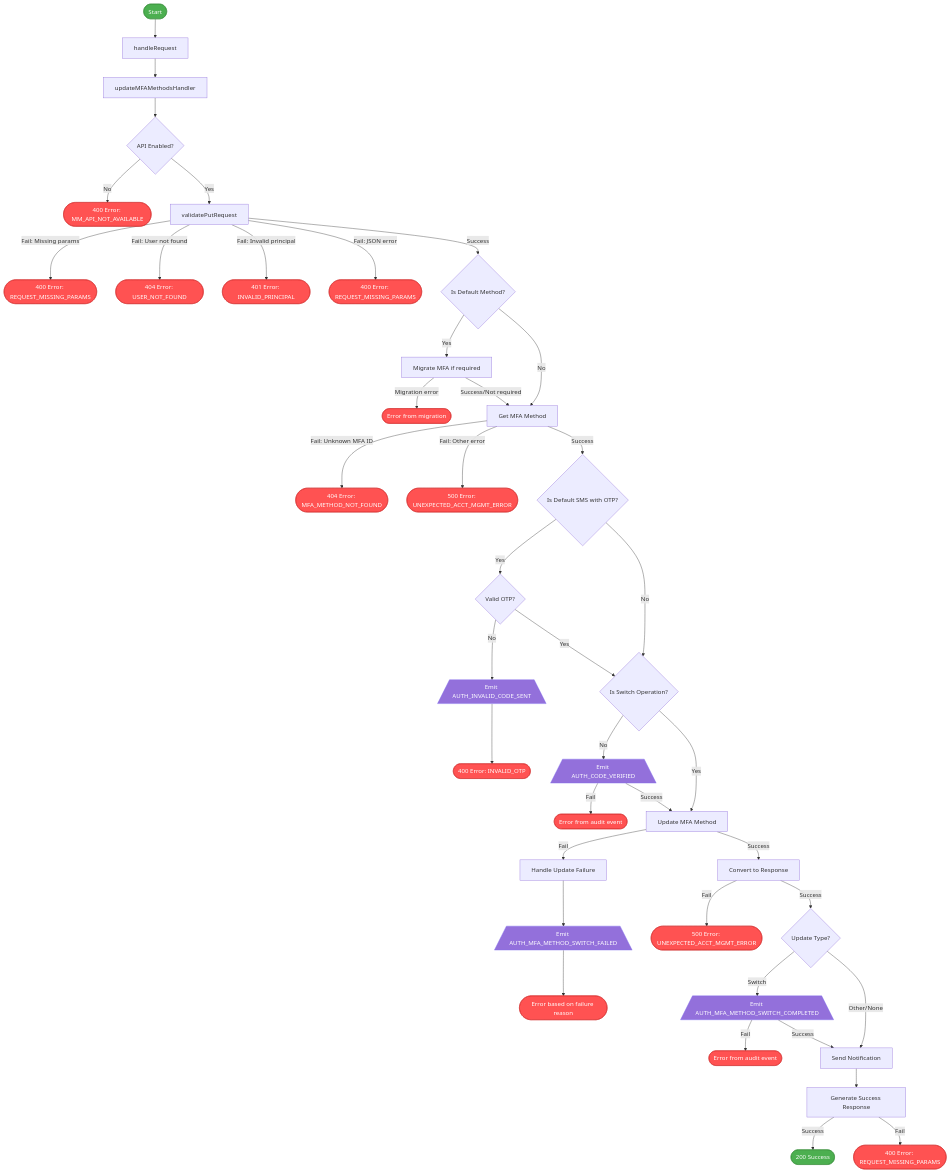
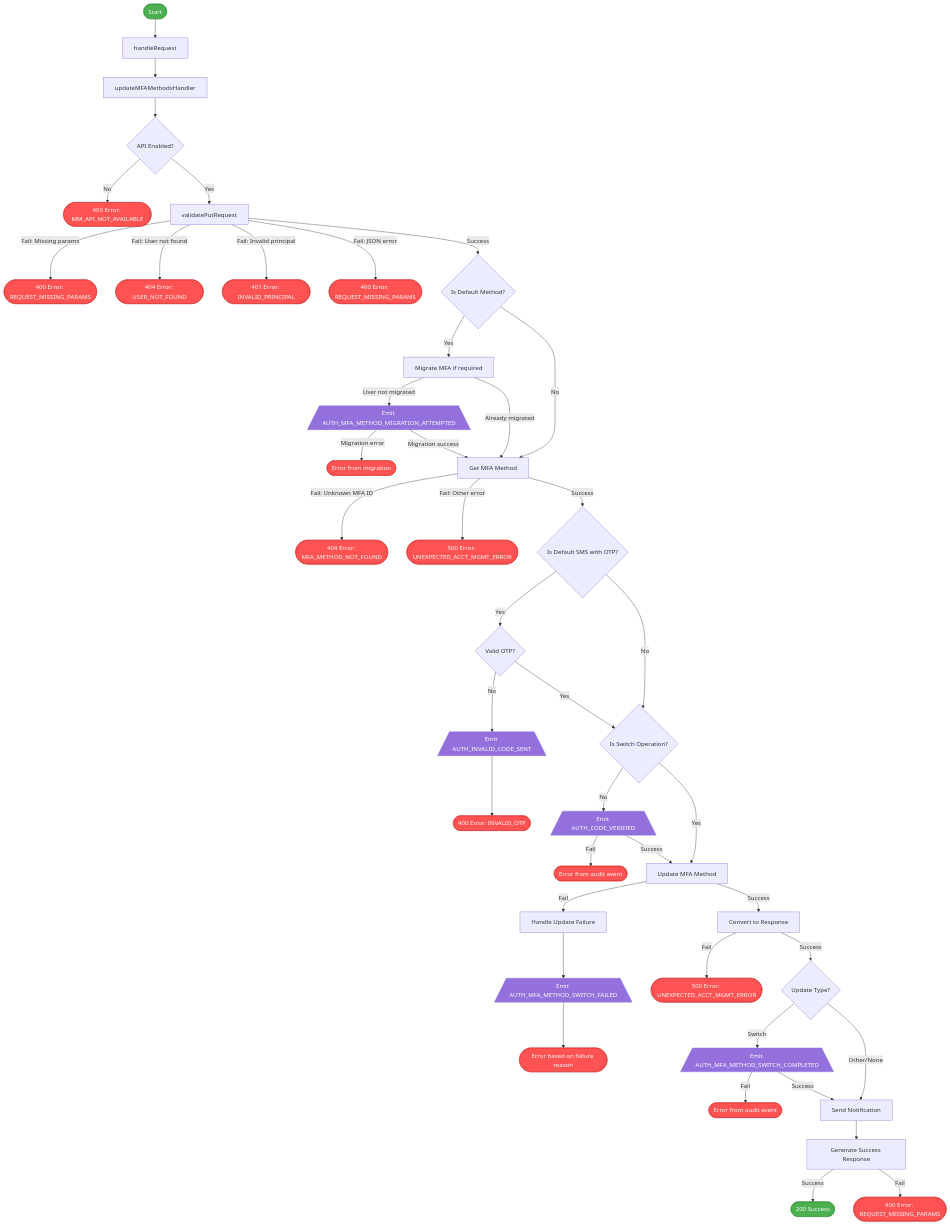
One commit to govuk-one-login/authentication-api changed the diagram in account-management-api/docs/diagrams/mfa_method_update_flow.md. Above: the diagram before and after it, drawn with Mermaid. The commit also changed other lines of this file and 1 other file, not shown here.

Commit message:
AUT-4525: Add missing event to diagrams

```diff
--- a/account-management-api/docs/diagrams/mfa_method_update_flow.md
+++ b/account-management-api/docs/diagrams/mfa_method_update_flow.md
@@ -19,9 +19,11 @@
     ValidatePutRequest -->|Success| CheckDefaultMethod{Is Default Method?}
     
     CheckDefaultMethod -->|Yes| MigrateMFA[Migrate MFA if required]
-    MigrateMFA -->|Migration error| End6([Error from migration])
+    MigrateMFA -->|User not migrated| EmitMigrationAttempted[/Emit AUTH_MFA_METHOD_MIGRATION_ATTEMPTED\]
+    EmitMigrationAttempted -->|Migration error| End6([Error from migration])
+    EmitMigrationAttempted -->|Migration success| GetMfaMethod[Get MFA Method]
     
-    MigrateMFA -->|Success/Not required| GetMfaMethod[Get MFA Method]
+    MigrateMFA -->|Already migrated| GetMfaMethod
     CheckDefaultMethod -->|No| GetMfaMethod
     
     GetMfaMethod -->|Fail: Unknown MFA ID| End7([404 Error: MFA_METHOD_NOT_FOUND])
@@ -64,6 +66,7 @@
     style Start fill:#4CAF50,stroke:#388E3C,color:white
     style EmitInvalidCode fill:#9370DB,stroke:#7B68EE,color:white
     style EmitCodeVerified fill:#9370DB,stroke:#7B68EE,color:white
+    style EmitMigrationAttempted fill:#9370DB,stroke:#7B68EE,color:white
     style EmitSwitchFailed fill:#9370DB,stroke:#7B68EE,color:white
     style EmitSwitchCompleted fill:#9370DB,stroke:#7B68EE,color:white
     style End1 fill:#FF5252,stroke:#D32F2F,color:white
```
